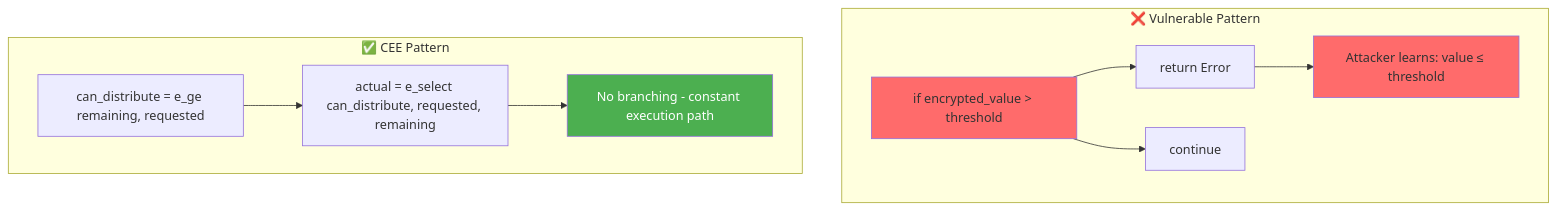
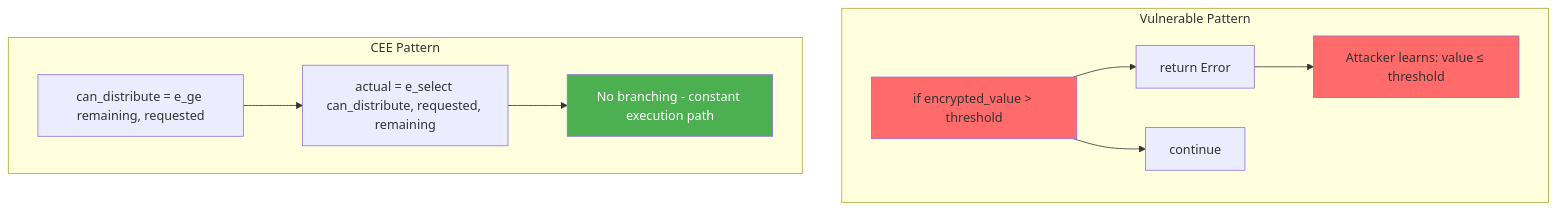
The tenth of 21 diagrams in README.md (Rahul-Prasad-07/Confidential-Economic-Engine), drawn with Mermaid before and after one commit. The commit also changed other lines of this file, not shown here.

````diff
--- a/README.md
+++ b/README.md
@@ -370,19 +370,19 @@
 ```mermaid
 graph TB
-    subgraph "❌ Vulnerable Pattern"
+    subgraph "Vulnerable Pattern"
         V1[if encrypted_value > threshold]
         V1 --> V2[return Error]
         V1 --> V3[continue]
         V2 --> V4[Attacker learns: value ≤ threshold]
     end
     
-    subgraph "✅ CEE Pattern"
+    subgraph "CEE Pattern"
         C1[can_distribute = e_ge remaining, requested]
         C1 --> C2[actual = e_select can_distribute, requested, remaining]
         C2 --> C3[No branching - constant execution path]
     end
     
     style V1 fill:#ff6b6b
     style V4 fill:#ff6b6b
     style C3 fill:#4CAF50,color:#fff
 ```
````
